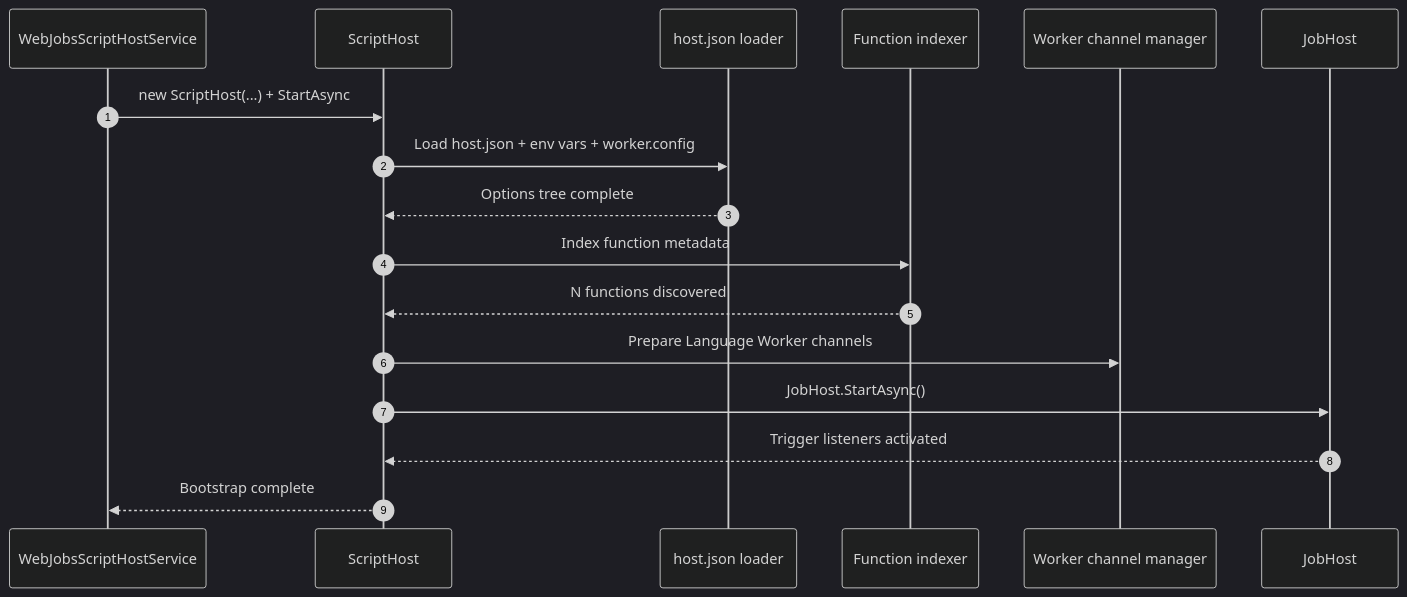
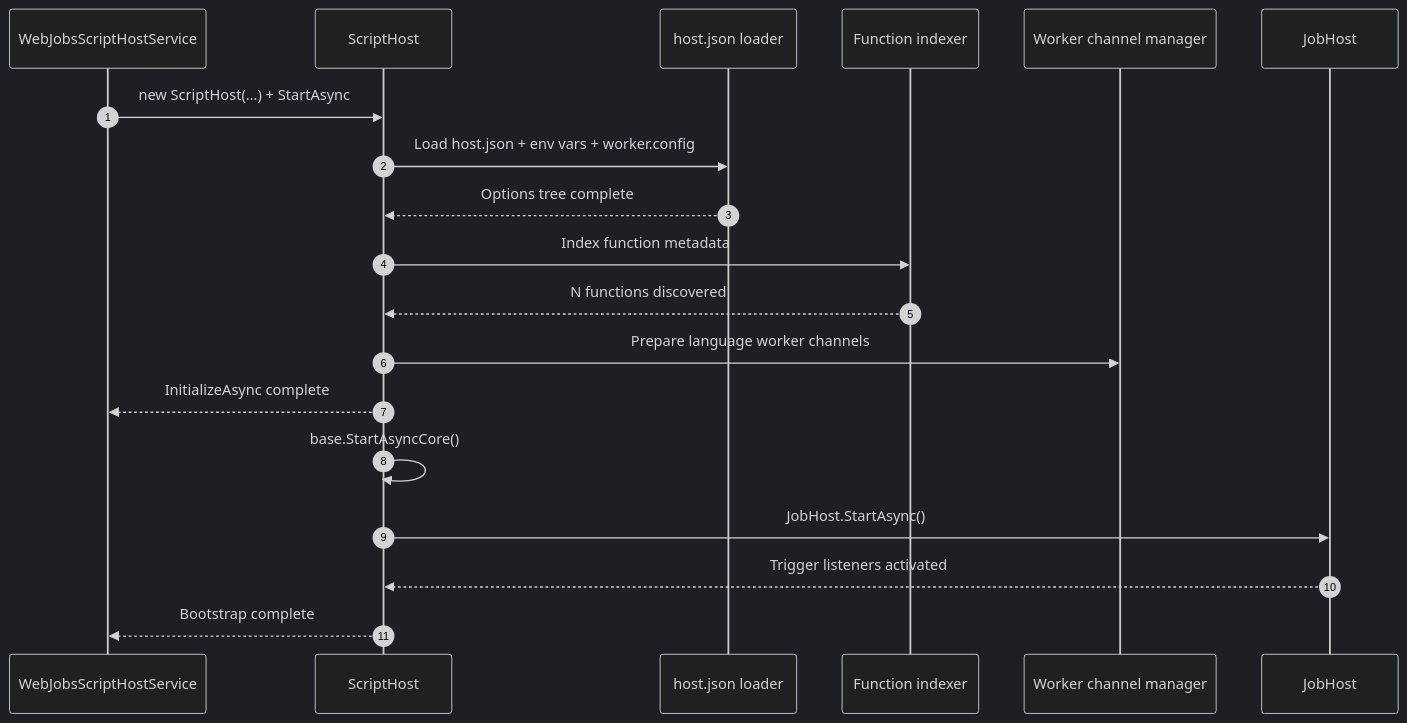
The third of 5 diagrams in azure-functions-deep-dive/en/01-host-bootstrap.md (yeongseon-books/book-content), drawn with Mermaid (dark theme) before and after one commit. The commit also changed other lines of this file and 42 other files, not shown here.

First line of the commit message:
fix: 오라클 리뷰 반영 — Functions 101/Deep Dive 사실관계·톤·다이어그램 정리, App Service 101 ko/en 재구조화

````diff
--- a/azure-functions-deep-dive/en/01-host-bootstrap.md
+++ b/azure-functions-deep-dive/en/01-host-bootstrap.md
@@ -47,20 +107,22 @@
 ```mermaid
 sequenceDiagram
     autonumber
     participant Service as WebJobsScriptHostService
     participant Script as ScriptHost
     participant Config as host.json loader
     participant Indexer as Function indexer
     participant Workers as Worker channel manager
     participant Job as JobHost
 
     Service->>Script: new ScriptHost(...) + StartAsync
     Script->>Config: Load host.json + env vars + worker.config
     Config-->>Script: Options tree complete
     Script->>Indexer: Index function metadata
     Indexer-->>Script: N functions discovered
-    Script->>Workers: Prepare Language Worker channels
+    Script->>Workers: Prepare language worker channels
+    Script-->>Service: InitializeAsync complete
+    Script->>Script: base.StartAsyncCore()
     Script->>Job: JobHost.StartAsync()
     Job-->>Script: Trigger listeners activated
     Script-->>Service: Bootstrap complete
 ```
````
